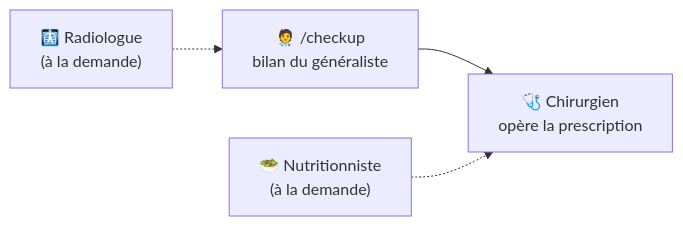
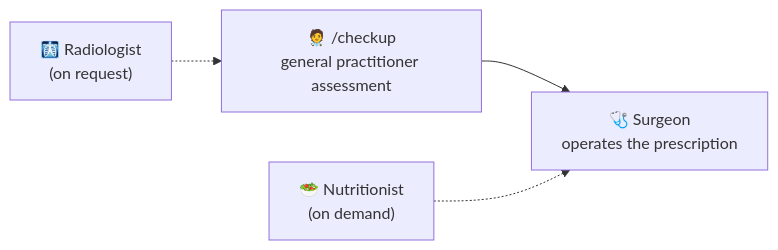
One commit to alexandrerodenas/la-clinique-du-code changed the diagram in README.md. Above: the diagram before and after it, drawn with Mermaid. The commit also changed other lines of this file and 28 other files, not shown here.

````diff
--- a/README.md
+++ b/README.md
@@ -63,6 +62,6 @@
 ```mermaid
 flowchart LR
-    R["🩻 Radiologue<br/>(à la demande)"] -.-> C["🧑‍⚕️ /checkup<br/>bilan du généraliste"]
-    C --> S["🩺 Chirurgien<br/>opère la prescription"]
-    N["🥗 Nutritionniste<br/>(à la demande)"] -.-> S
+R["🩻 Radiologist<br/>(on request)"] -.-> C["🧑‍⚕️ /checkup<br/>general practitioner assessment"]
+C --> S["🩺 Surgeon<br/>operates the prescription"]
+N["🥗 Nutritionist<br/>(on demand)"] -.-> S
 ```
````
